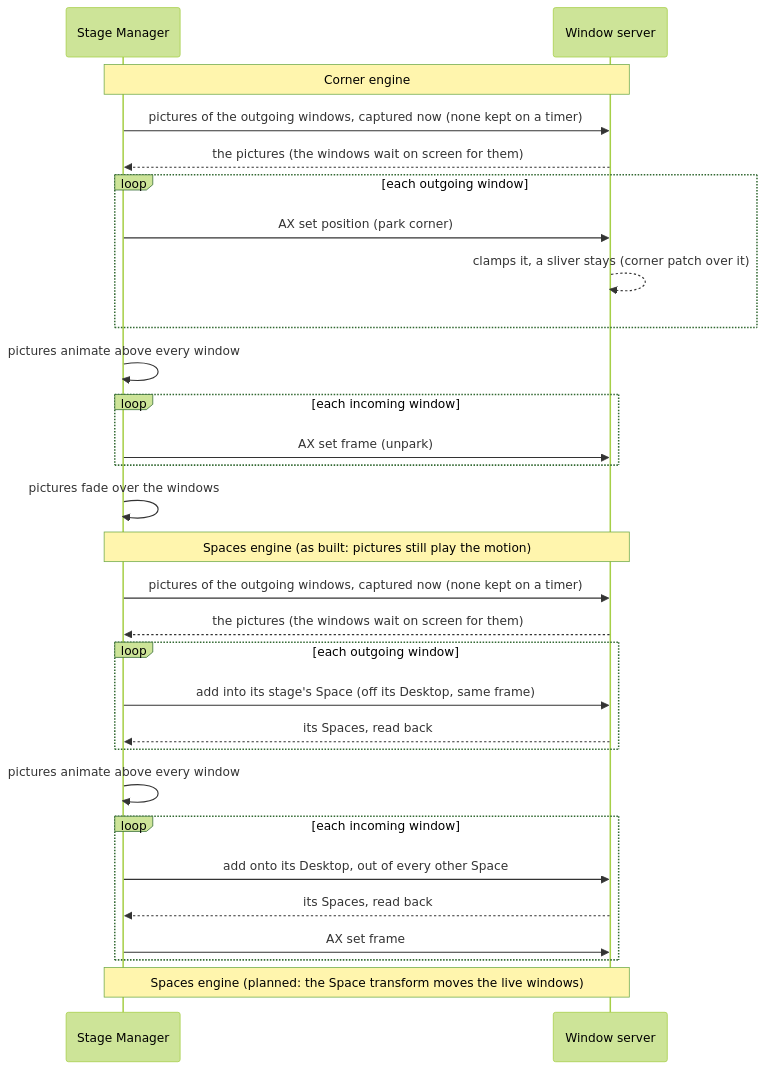
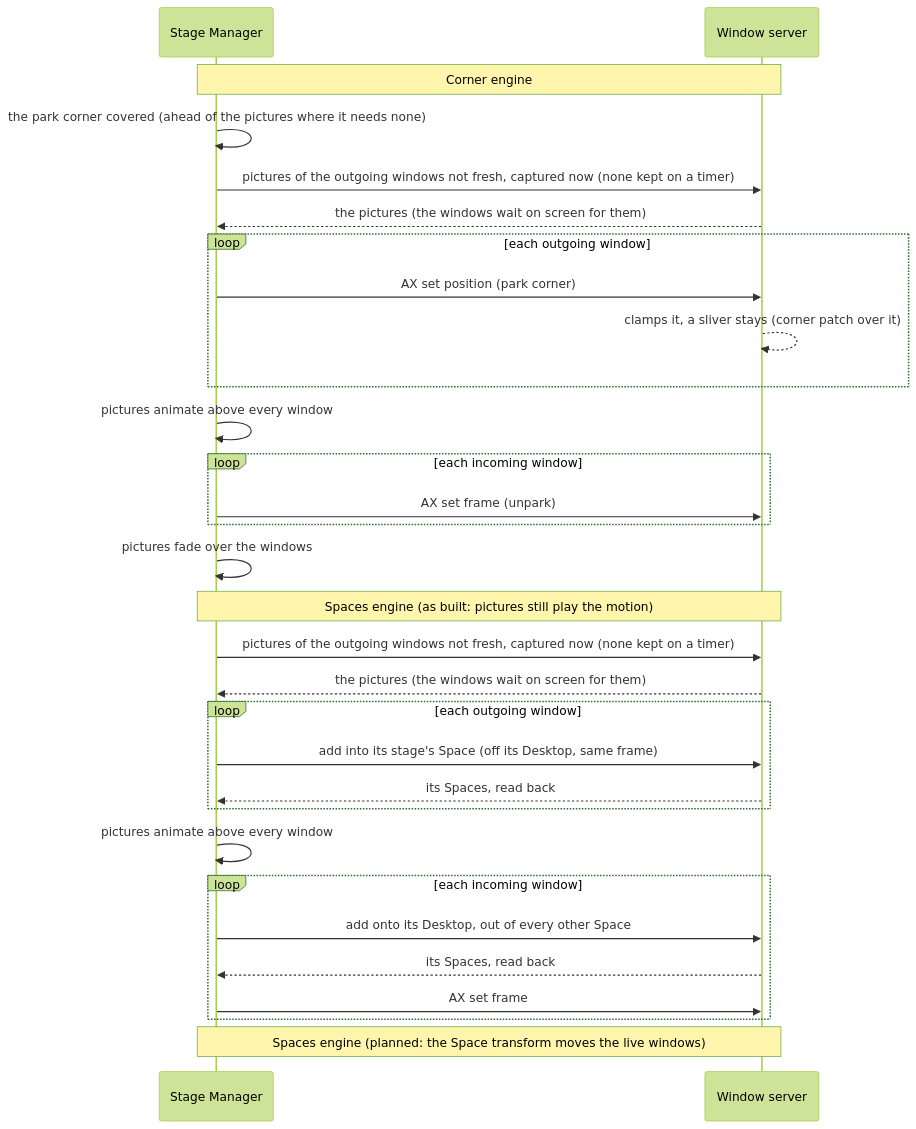
The second of 4 diagrams in docs/ARCHITECTURE.md (eugene-tea/stage-manager), drawn with Mermaid (forest theme) before and after one commit. The commit also changed other lines of this file and 5 other files, not shown here.

````diff
--- a/docs/ARCHITECTURE.md
+++ b/docs/ARCHITECTURE.md
@@ -247,31 +250,32 @@
 ```mermaid
 sequenceDiagram
     participant SM as Stage Manager
     participant WS as Window server
     Note over SM,WS: Corner engine
-    SM->>WS: pictures of the outgoing windows, captured now (none kept on a timer)
+    SM->>SM: the park corner covered (ahead of the pictures where it needs none)
+    SM->>WS: pictures of the outgoing windows not fresh, captured now (none kept on a timer)
     WS-->>SM: the pictures (the windows wait on screen for them)
     loop each outgoing window
         SM->>WS: AX set position (park corner)
         WS-->>WS: clamps it, a sliver stays (corner patch over it)
     end
     SM->>SM: pictures animate above every window
     loop each incoming window
         SM->>WS: AX set frame (unpark)
     end
     SM->>SM: pictures fade over the windows
     Note over SM,WS: Spaces engine (as built: pictures still play the motion)
-    SM->>WS: pictures of the outgoing windows, captured now (none kept on a timer)
+    SM->>WS: pictures of the outgoing windows not fresh, captured now (none kept on a timer)
     WS-->>SM: the pictures (the windows wait on screen for them)
     loop each outgoing window
         SM->>WS: add into its stage's Space (off its Desktop, same frame)
         WS-->>SM: its Spaces, read back
     end
     SM->>SM: pictures animate above every window
     loop each incoming window
         SM->>WS: add onto its Desktop, out of every other Space
         WS-->>SM: its Spaces, read back
         SM->>WS: AX set frame
     end
     Note over SM,WS: Spaces engine (planned: the Space transform moves the live windows)
 ```
````
